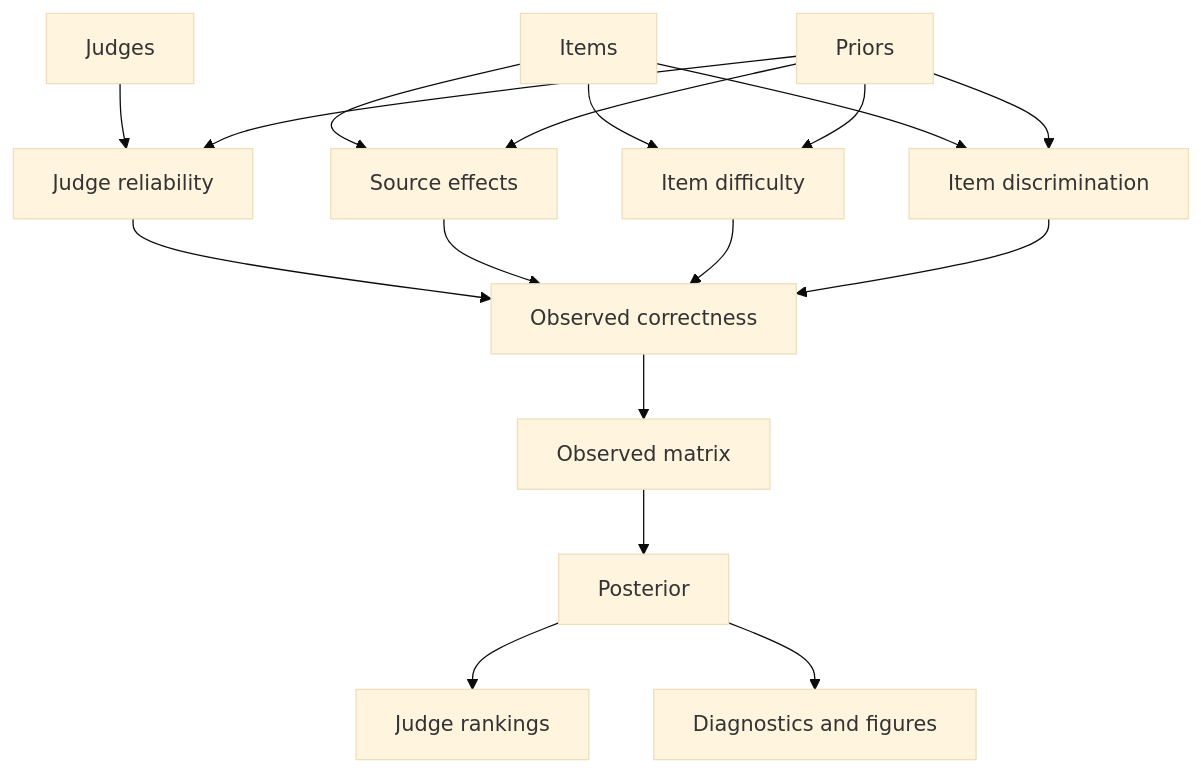
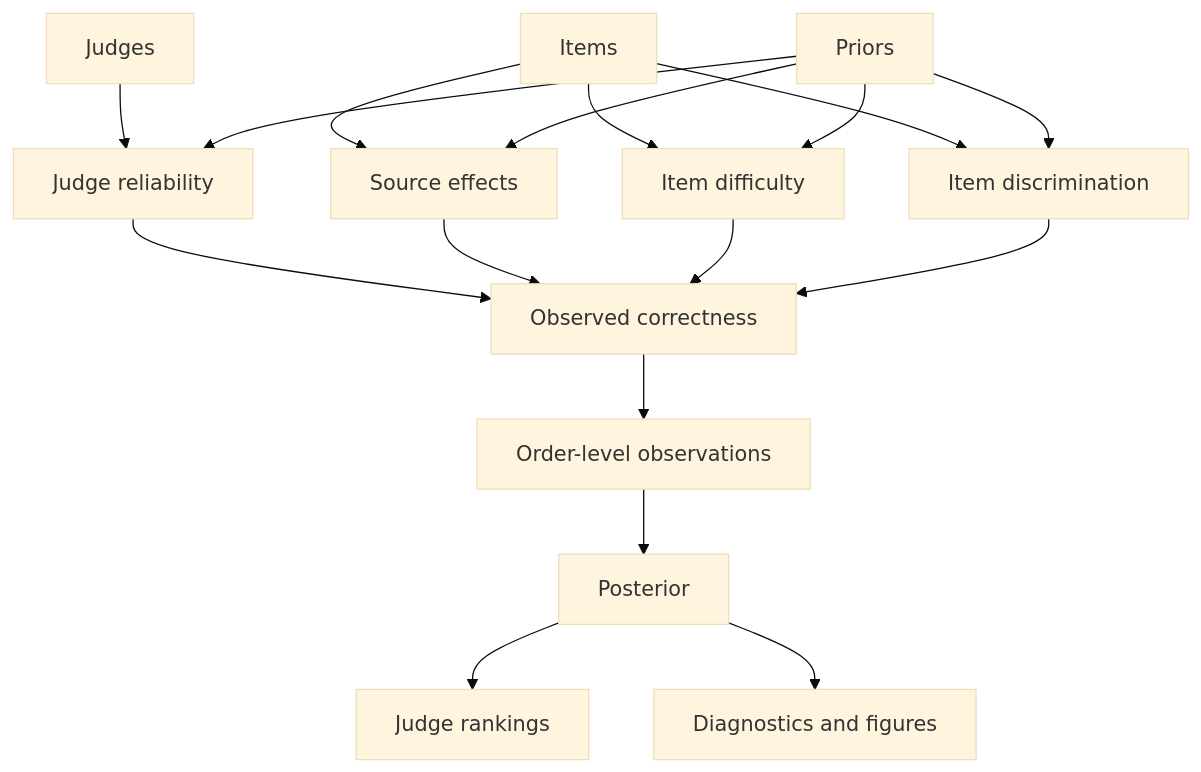
One commit to 0guban0v/bayesian-llm-judge-reliability changed the second of 2 diagrams in docs/structure.md. Above: the diagram before and after it, drawn with Mermaid (base theme). The commit also changed other lines of this file and 22 other files, not shown here.

Commit message:
feat: preserve order-level judge choices

````diff
--- a/docs/structure.md
+++ b/docs/structure.md
@@ -66,22 +68,22 @@
 ```mermaid
 flowchart TB
     S[Items] --> B[Item difficulty]
     S --> A[Item discrimination]
     S --> SE[Source effects]
 
     J[Judges] --> T[Judge reliability]
     T --> O[Observed correctness]
     SE --> O
     B --> O
     A --> O
 
-    O --> M[Observed matrix]
+    O --> M[Order-level observations]
     M --> P[Posterior]
     P --> Q[Judge rankings]
     P --> G[Diagnostics and figures]
 
     C[Priors] --> T
     C --> B
     C --> A
     C --> SE
 ```
````
